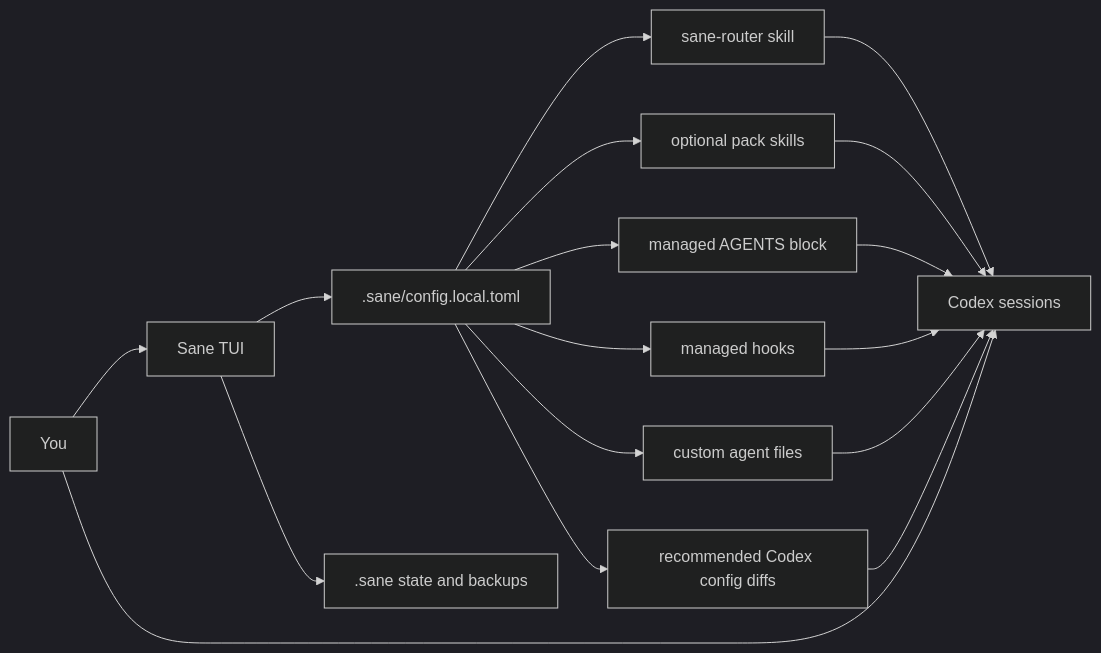
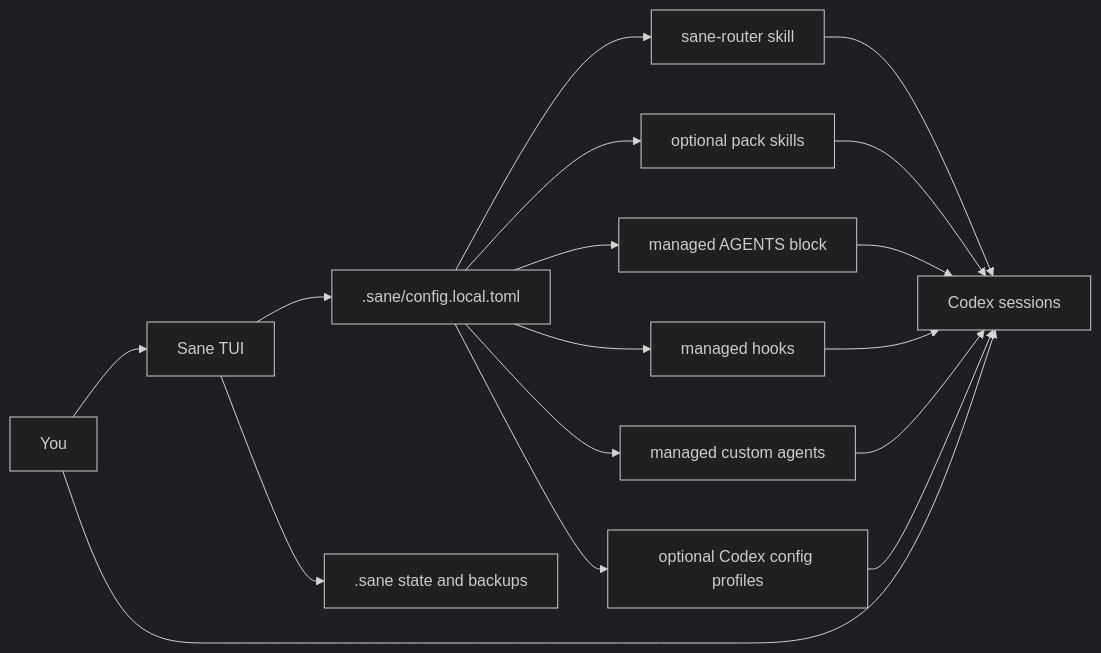
One commit to lammersbjorn/sane changed the diagram in README.md. Above: the diagram before and after it, drawn with Mermaid (dark theme). The commit also changed other lines of this file and 1 other file, not shown here.

````diff
--- a/README.md
+++ b/README.md
@@ -159,19 +157,19 @@
 ```mermaid
 flowchart LR
     U["You"] --> T["Sane TUI"]
     T --> L[".sane/config.local.toml"]
     L --> R["sane-router skill"]
     L --> P["optional pack skills"]
     L --> A["managed AGENTS block"]
     L --> H["managed hooks"]
-    L --> G["custom agent files"]
-    L --> C["recommended Codex config diffs"]
+    L --> G["managed custom agents"]
+    L --> C["optional Codex config profiles"]
     T --> S[".sane state and backups"]
     R --> X["Codex sessions"]
     P --> X
     A --> X
     H --> X
     G --> X
     C --> X
     U --> X
 ```
````
